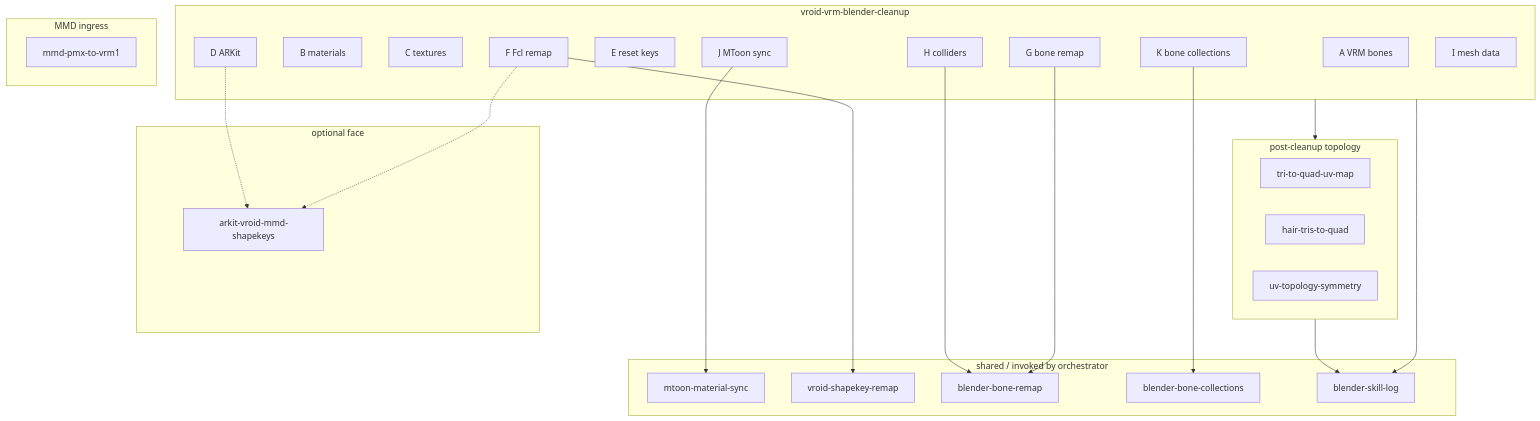
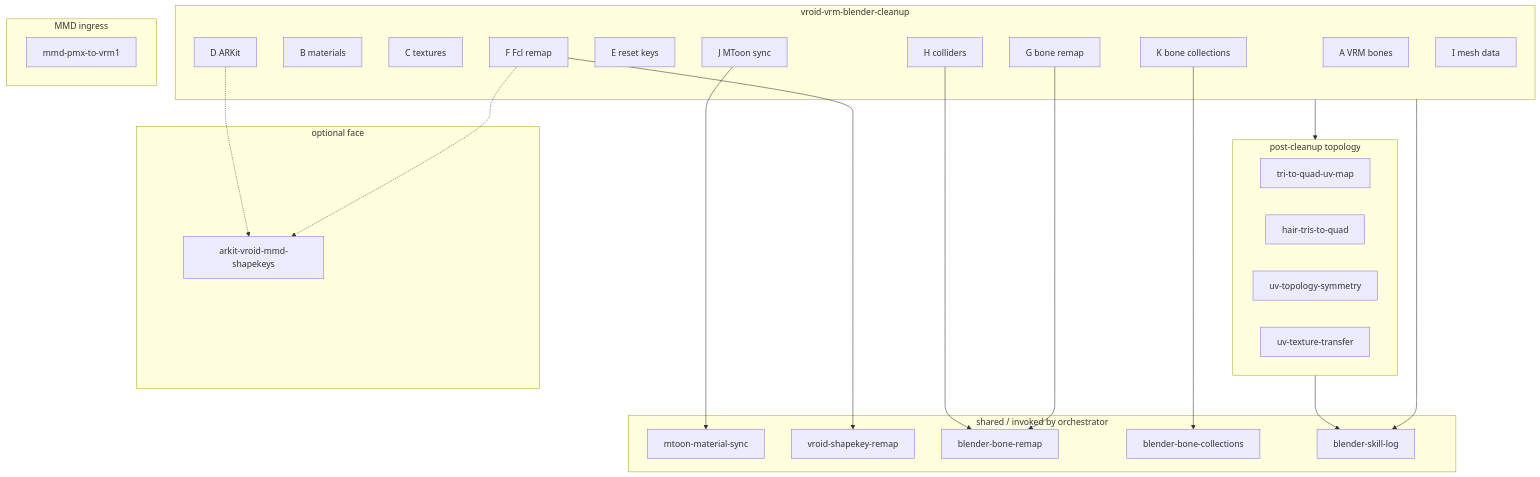
Before and after one commit to miramocha/blender-skills-and-rules: the second of 8 diagrams in skills/README.md, drawn with Mermaid. The commit also changed other lines of this file and 3 other files, not shown here.

````diff
--- a/skills/README.md
+++ b/skills/README.md
@@ -46,49 +49,50 @@
 ```mermaid
 flowchart TB
   subgraph orchestrator [vroid-vrm-blender-cleanup]
     A[A VRM bones]
     B[B materials]
     C[C textures]
     D[D ARKit]
     E[E reset keys]
     J[J MToon sync]
     F[F Fcl remap]
     G[G bone remap]
     K[K bone collections]
     H[H colliders]
     I[I mesh data]
   end
 
   subgraph topology [post-cleanup topology]
     TQ[tri-to-quad-uv-map]
     HQ[hair-tris-to-quad]
     UV[uv-topology-symmetry]
+    UXT[uv-texture-transfer]
   end
 
   subgraph libs [shared / invoked by orchestrator]
     MTOON[mtoon-material-sync]
     SHAPE[vroid-shapekey-remap]
     BONE[blender-bone-remap]
     BC[blender-bone-collections]
     LOG[blender-skill-log]
   end
 
   subgraph optionalFace [optional face]
     MMD[arkit-vroid-mmd-shapekeys]
   end
 
   subgraph ingress [MMD ingress]
     PMX[mmd-pmx-to-vrm1]
   end
 
   J --> MTOON
   F --> SHAPE
   G --> BONE
   H --> BONE
   K --> BC
   F -.-> MMD
   D -.-> MMD
   orchestrator --> LOG
   topology --> LOG
   orchestrator --> topology
 ```
````
